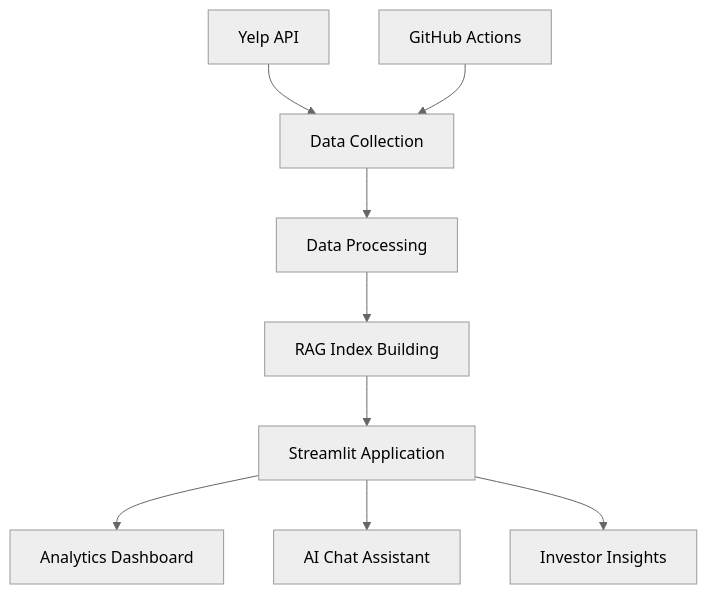
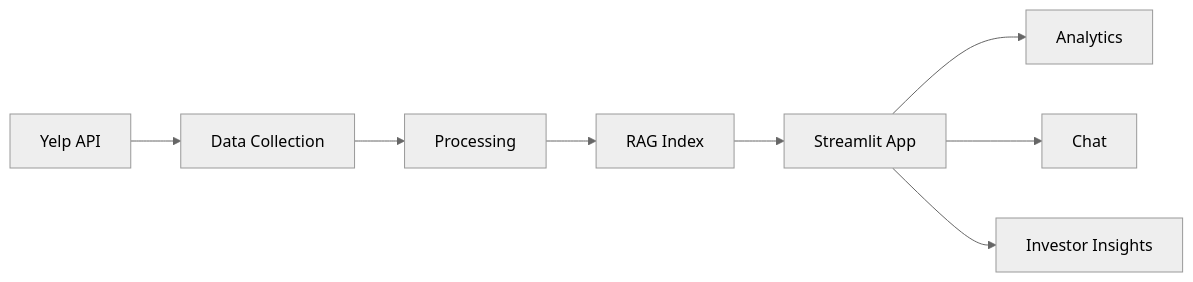
Before and after one commit to dcbhupendra7/Yelp-Odessa-Midland: the diagram in docs/index.md, drawn with Mermaid (neutral theme). The commit also changed other lines of this file, not shown here.

````diff
--- a/docs/index.md
+++ b/docs/index.md
@@ -61,11 +86,10 @@
 ```mermaid
-graph TB
+graph LR
     A[Yelp API] --> B[Data Collection]
-    B --> C[Data Processing]
-    C --> D[RAG Index Building]
-    D --> E[Streamlit Application]
-    E --> F[Analytics Dashboard]
-    E --> G[AI Chat Assistant]
+    B --> C[Processing]
+    C --> D[RAG Index]
+    D --> E[Streamlit App]
+    E --> F[Analytics]
+    E --> G[Chat]
     E --> H[Investor Insights]
-    I[GitHub Actions] --> B
 ```
````
